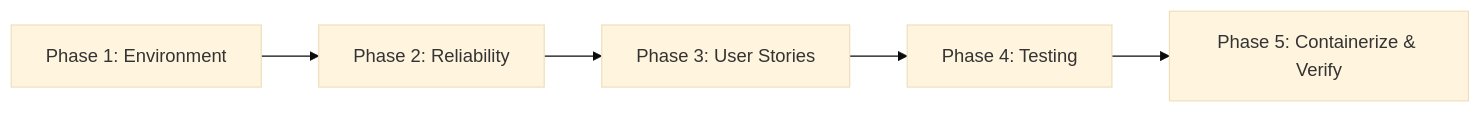
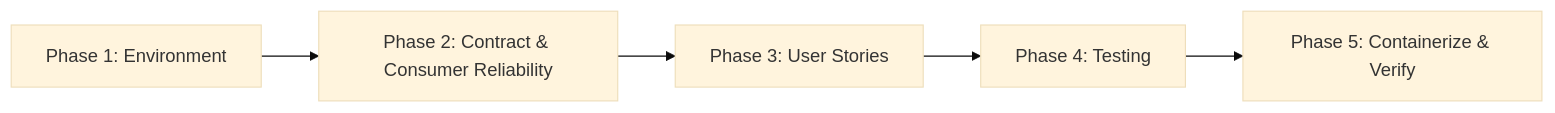
Before and after one commit to regisx001/Data-Quality-Platform: the diagram in dQul-logs/docs/implementation-plan.md, drawn with Mermaid (base theme). The commit also changed other lines of this file, not shown here.

````diff
--- a/dQul-logs/docs/implementation-plan.md
+++ b/dQul-logs/docs/implementation-plan.md
@@ -211,7 +241,7 @@
 ```mermaid
 graph LR
-    P1[Phase 1: Environment] --> P2[Phase 2: Reliability]
+    P1[Phase 1: Environment] --> P2[Phase 2: Contract & Consumer Reliability]
     P2 --> P3[Phase 3: User Stories]
     P3 --> P4[Phase 4: Testing]
     P4 --> P5[Phase 5: Containerize & Verify]
 ```
````
